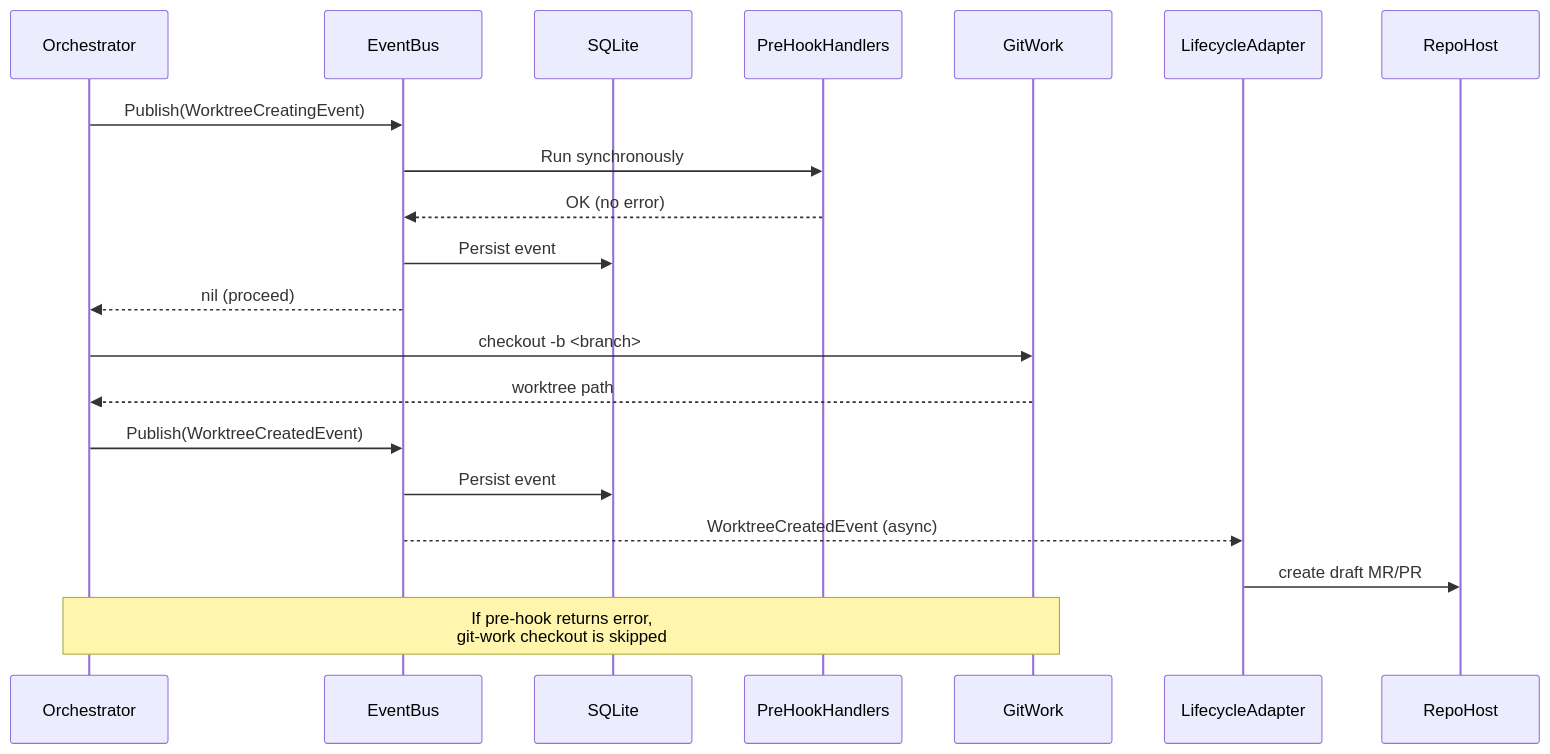
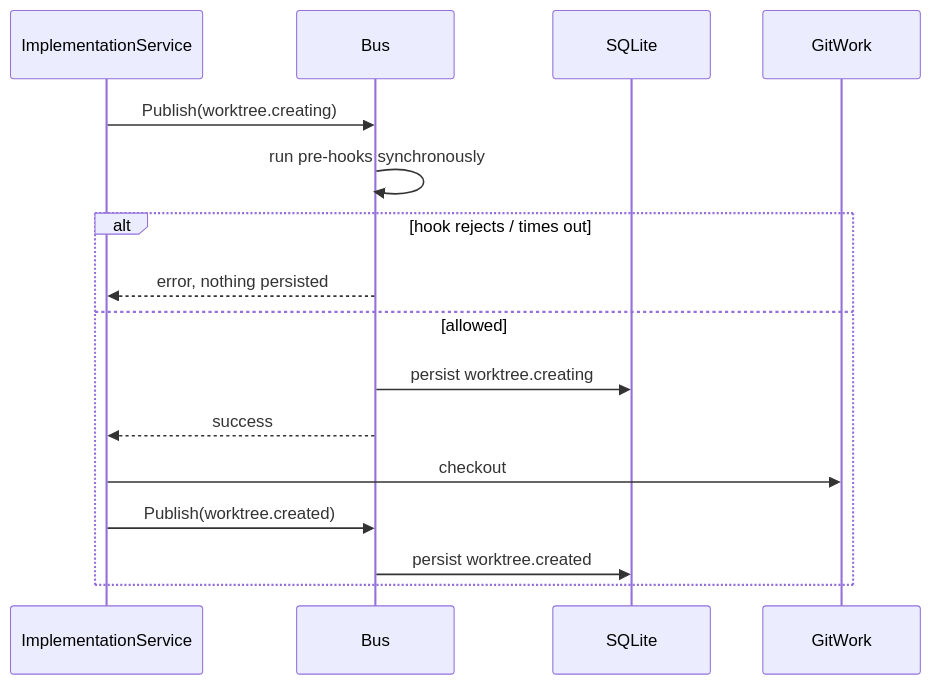
Before and after one commit to beeemT/substrate: the second of 2 diagrams in docs/03-event-system.md, drawn with Mermaid. The commit also changed other lines of this file and 11 other files, not shown here.

````diff
--- a/docs/03-event-system.md
+++ b/docs/03-event-system.md
@@ -438,22 +441,19 @@
 ```mermaid
 sequenceDiagram
-    participant Orchestrator
-    participant EventBus
+    participant Impl as ImplementationService
+    participant Bus
     participant SQLite
-    participant PreHookHandlers
     participant GitWork
-    participant LifecycleAdapter
-    participant RepoHost
-    Orchestrator->>EventBus: Publish(WorktreeCreatingEvent)
-    EventBus->>PreHookHandlers: Run synchronously
-    PreHookHandlers-->>EventBus: OK (no error)
-    EventBus->>SQLite: Persist event
-    EventBus-->>Orchestrator: nil (proceed)
-    Orchestrator->>GitWork: checkout -b <branch>
-    GitWork-->>Orchestrator: worktree path
-    Orchestrator->>EventBus: Publish(WorktreeCreatedEvent)
-    EventBus->>SQLite: Persist event
-    EventBus-->>LifecycleAdapter: WorktreeCreatedEvent (async)
-    LifecycleAdapter->>RepoHost: create draft MR/PR
-    Note over Orchestrator,GitWork: If pre-hook returns error,<br/>git-work checkout is skipped
+
+    Impl->>Bus: Publish(worktree.creating)
+    Bus->>Bus: run pre-hooks synchronously
+    alt hook rejects / times out
+        Bus-->>Impl: error, nothing persisted
+    else allowed
+        Bus->>SQLite: persist worktree.creating
+        Bus-->>Impl: success
+        Impl->>GitWork: checkout
+        Impl->>Bus: Publish(worktree.created)
+        Bus->>SQLite: persist worktree.created
+    end
 ```
````
